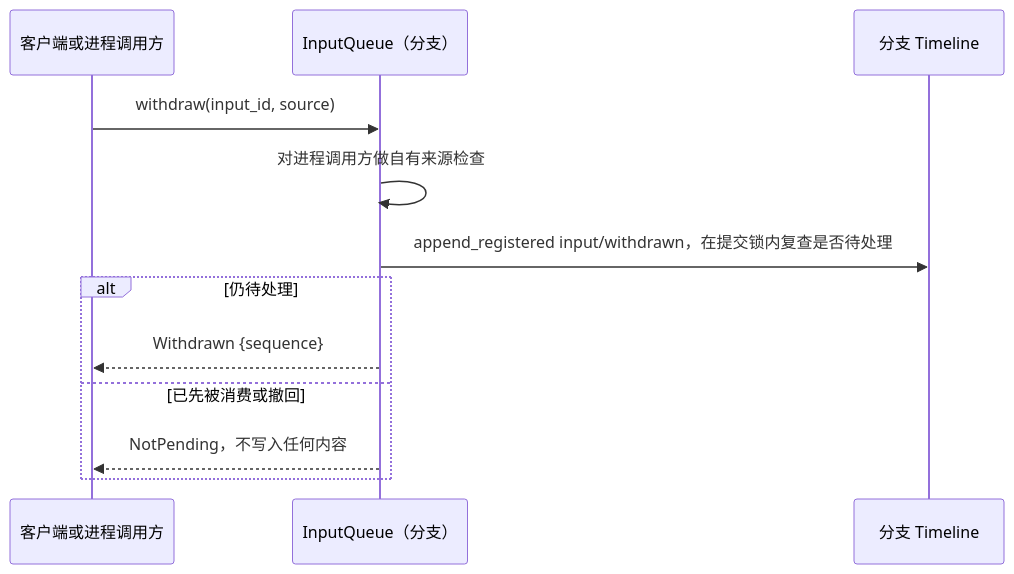
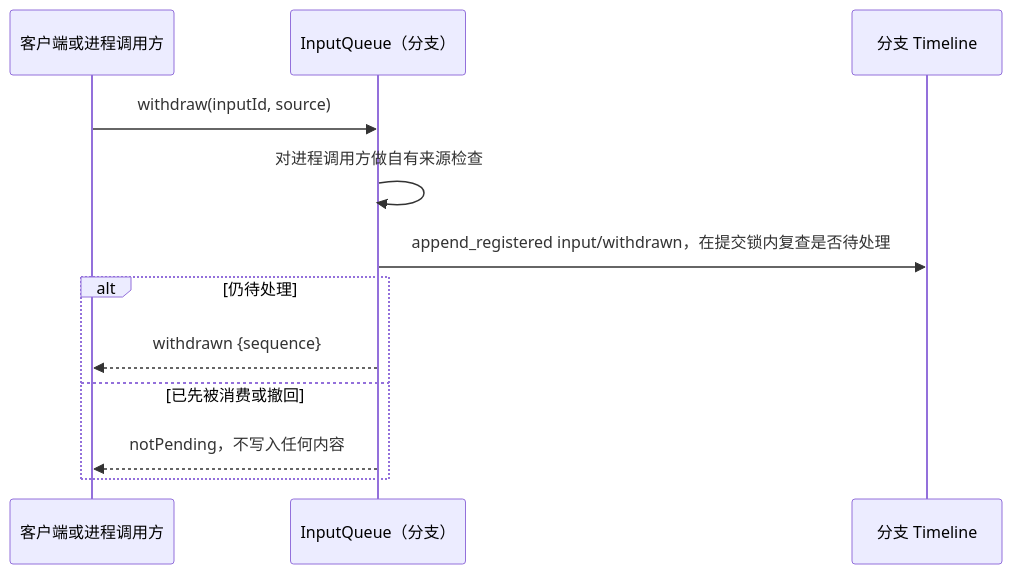
One commit to CoutinhoTTS/dim-agent changed the third of 3 diagrams in docs/zh/design/contracts/session-access.md. Above: the diagram before and after it, drawn with Mermaid. The commit also changed other lines of this file and 18 other files, not shown here.

````diff
--- a/docs/zh/design/contracts/session-access.md
+++ b/docs/zh/design/contracts/session-access.md
@@ -99,14 +101,14 @@
 ```mermaid
 sequenceDiagram
   participant C as 客户端或进程调用方
   participant IQ as InputQueue（分支）
   participant TL as 分支 Timeline
-  C->>IQ: withdraw(input_id, source)
+  C->>IQ: withdraw(inputId, source)
   IQ->>IQ: 对进程调用方做自有来源检查
   IQ->>TL: append_registered input/withdrawn，在提交锁内复查是否待处理
   alt 仍待处理
-    IQ-->>C: Withdrawn {sequence}
+    IQ-->>C: withdrawn {sequence}
   else 已先被消费或撤回
-    IQ-->>C: NotPending，不写入任何内容
+    IQ-->>C: notPending，不写入任何内容
   end
 ```
````
